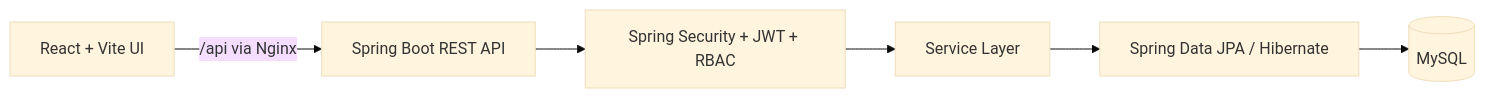
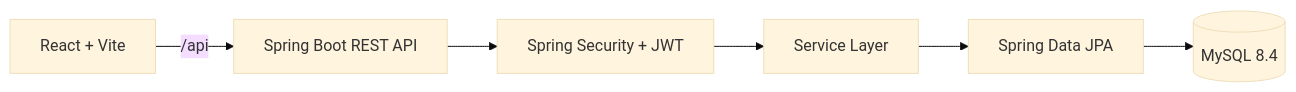
One commit to Harshad071/secure-library-management-system changed the diagram in README.md. Above: the diagram before and after it, drawn with Mermaid (base theme). The commit also changed other lines of this file, not shown here.

Commit message:
Release: rewrite README for setup and architecture

````diff
--- a/README.md
+++ b/README.md
@@ -21,8 +18,8 @@
 ```mermaid
 flowchart LR
-    Browser[React + Vite UI] -->|/api via Nginx| API[Spring Boot REST API]
-    API --> Security[Spring Security + JWT + RBAC]
+    Browser[React + Vite] -->|/api| API[Spring Boot REST API]
+    API --> Security[Spring Security + JWT]
     Security --> Services[Service Layer]
-    Services --> JPA[Spring Data JPA / Hibernate]
-    JPA --> DB[(MySQL)]
+    Services --> JPA[Spring Data JPA]
+    JPA --> DB[(MySQL 8.4)]
 ```
````
